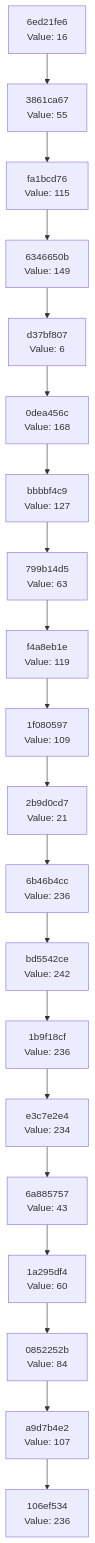
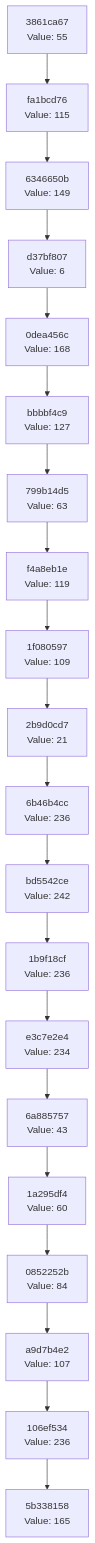
Before and after one commit to Abhisheksinha1506/hash-chain-evolver: the diagram in docs/CHAIN_VISUALIZATION.md, drawn with Mermaid. The commit also changed 2 other files, not shown here.

Commit message:
Evolution Step

````diff
--- a/docs/CHAIN_VISUALIZATION.md
+++ b/docs/CHAIN_VISUALIZATION.md
@@ -3,42 +3,42 @@
 ```mermaid
 graph TD
-    C0["106ef534<br/>Value: 236"]
-    C1["a9d7b4e2<br/>Value: 107"]
+    C0["5b338158<br/>Value: 165"]
+    C1["106ef534<br/>Value: 236"]
     C1 --> C0
-    C2["0852252b<br/>Value: 84"]
+    C2["a9d7b4e2<br/>Value: 107"]
     C2 --> C1
-    C3["1a295df4<br/>Value: 60"]
+    C3["0852252b<br/>Value: 84"]
     C3 --> C2
-    C4["6a885757<br/>Value: 43"]
+    C4["1a295df4<br/>Value: 60"]
     C4 --> C3
-    C5["e3c7e2e4<br/>Value: 234"]
+    C5["6a885757<br/>Value: 43"]
     C5 --> C4
-    C6["1b9f18cf<br/>Value: 236"]
+    C6["e3c7e2e4<br/>Value: 234"]
     C6 --> C5
-    C7["bd5542ce<br/>Value: 242"]
+    C7["1b9f18cf<br/>Value: 236"]
     C7 --> C6
-    C8["6b46b4cc<br/>Value: 236"]
+    C8["bd5542ce<br/>Value: 242"]
     C8 --> C7
-    C9["2b9d0cd7<br/>Value: 21"]
+    C9["6b46b4cc<br/>Value: 236"]
     C9 --> C8
-    C10["1f080597<br/>Value: 109"]
+    C10["2b9d0cd7<br/>Value: 21"]
     C10 --> C9
-    C11["f4a8eb1e<br/>Value: 119"]
+    C11["1f080597<br/>Value: 109"]
     C11 --> C10
-    C12["799b14d5<br/>Value: 63"]
+    C12["f4a8eb1e<br/>Value: 119"]
     C12 --> C11
-    C13["bbbbf4c9<br/>Value: 127"]
+    C13["799b14d5<br/>Value: 63"]
     C13 --> C12
-    C14["0dea456c<br/>Value: 168"]
+    C14["bbbbf4c9<br/>Value: 127"]
     C14 --> C13
-    C15["d37bf807<br/>Value: 6"]
+    C15["0dea456c<br/>Value: 168"]
     C15 --> C14
-    C16["6346650b<br/>Value: 149"]
+    C16["d37bf807<br/>Value: 6"]
     C16 --> C15
-    C17["fa1bcd76<br/>Value: 115"]
+    C17["6346650b<br/>Value: 149"]
     C17 --> C16
-    C18["3861ca67<br/>Value: 55"]
+    C18["fa1bcd76<br/>Value: 115"]
     C18 --> C17
-    C19["6ed21fe6<br/>Value: 16"]
+    C19["3861ca67<br/>Value: 55"]
     C19 --> C18
 ```
````
